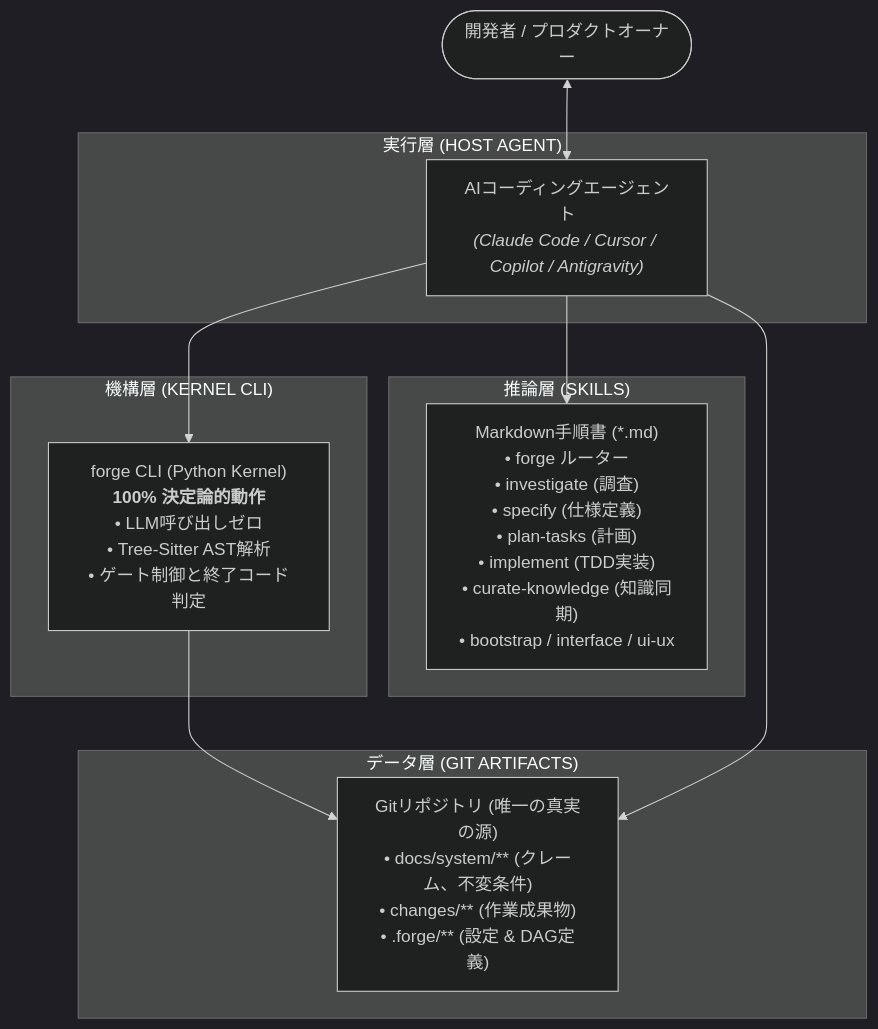
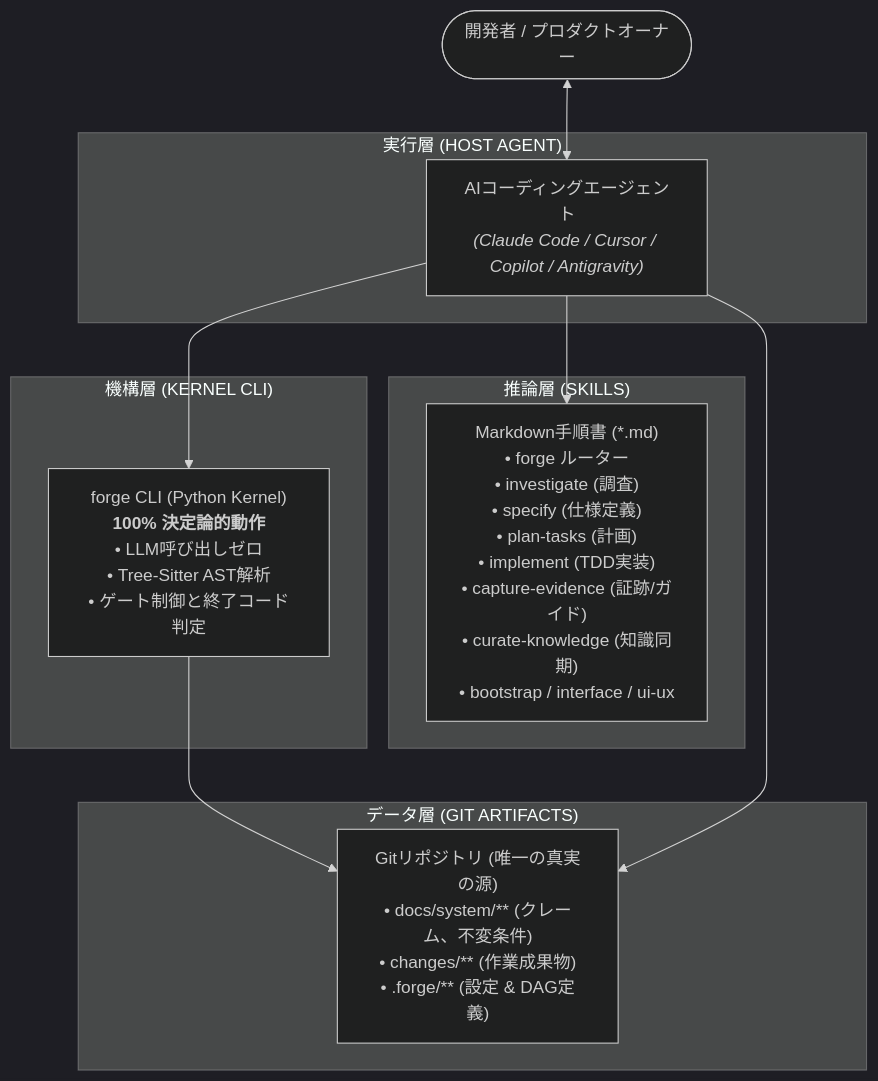
Before and after one commit to CodeGenLabs/forge-harness: the diagram in docs/ja/README.md, drawn with Mermaid (dark theme). The commit also changed 34 other files, not shown here.

Commit message:
feat(workflow,evidence,skills): add adaptive clarify gate and visual evidence guides

````diff
--- a/docs/ja/README.md
+++ b/docs/ja/README.md
@@ -63,25 +63,25 @@
 ```mermaid
 graph TD
     User(["開発者 / プロダクトオーナー"]) <--> HostAgent
 
     subgraph Host["実行層 (HOST AGENT)"]
         HostAgent["AIコーディングエージェント<br><i>(Claude Code / Cursor / Copilot / Antigravity)</i>"]
     end
 
     subgraph SkillsLayer["推論層 (SKILLS)"]
-        Skills["Markdown手順書 (*.md)<br>• forge ルーター<br>• investigate (調査)<br>• specify (仕様定義)<br>• plan-tasks (計画)<br>• implement (TDD実装)<br>• curate-knowledge (知識同期)<br>• bootstrap / interface / ui-ux"]
+        Skills["Markdown手順書 (*.md)<br>• forge ルーター<br>• investigate (調査)<br>• specify (仕様定義)<br>• plan-tasks (計画)<br>• implement (TDD実装)<br>• capture-evidence (証跡/ガイド)<br>• curate-knowledge (知識同期)<br>• bootstrap / interface / ui-ux"]
     end
 
     subgraph KernelLayer["機構層 (KERNEL CLI)"]
         Kernel["forge CLI (Python Kernel)<br><b>100% 決定論的動作</b><br>• LLM呼び出しゼロ<br>• Tree-Sitter AST解析<br>• ゲート制御と終了コード判定"]
     end
 
     subgraph DataLayer["データ層 (GIT ARTIFACTS)"]
         GitStore["Gitリポジトリ (唯一の真実の源)<br>• docs/system/** (クレーム、不変条件)<br>• changes/** (作業成果物)<br>• .forge/** (設定 & DAG定義)"]
     end
 
     HostAgent --> Skills
     HostAgent --> Kernel
     Kernel --> GitStore
     HostAgent --> GitStore
 ```
````
